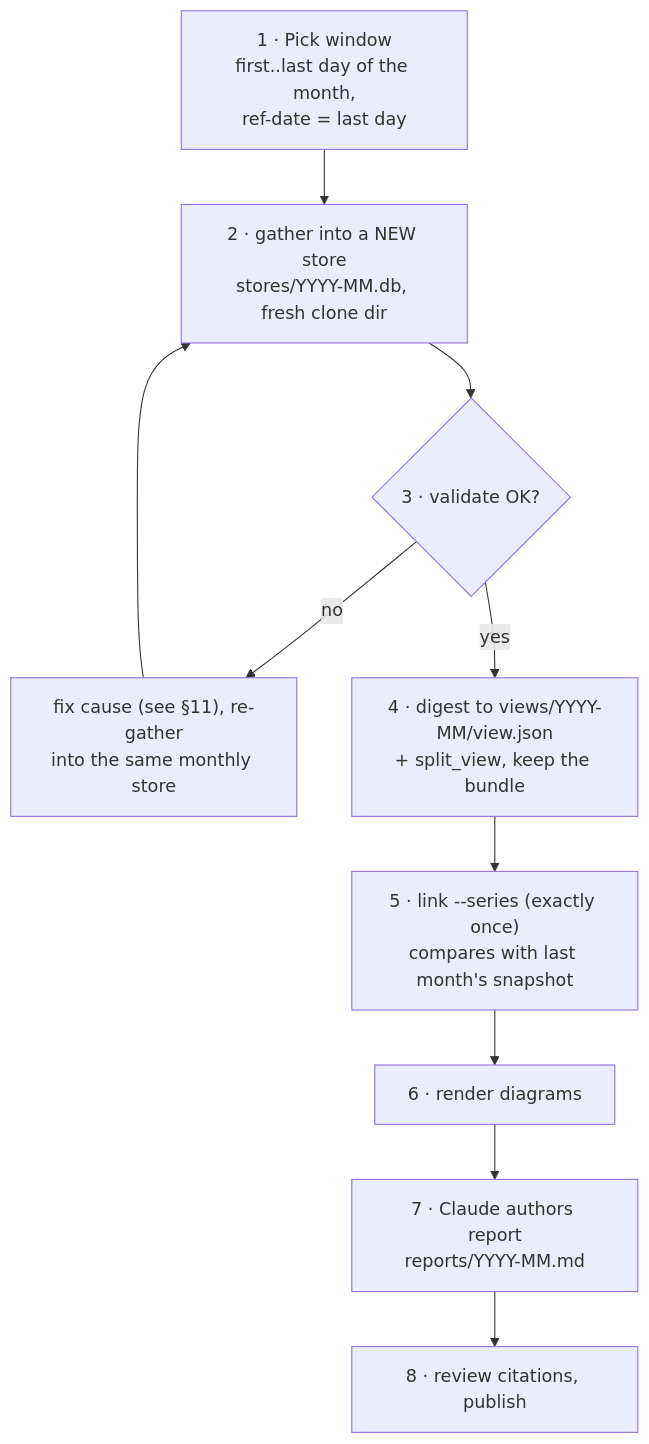
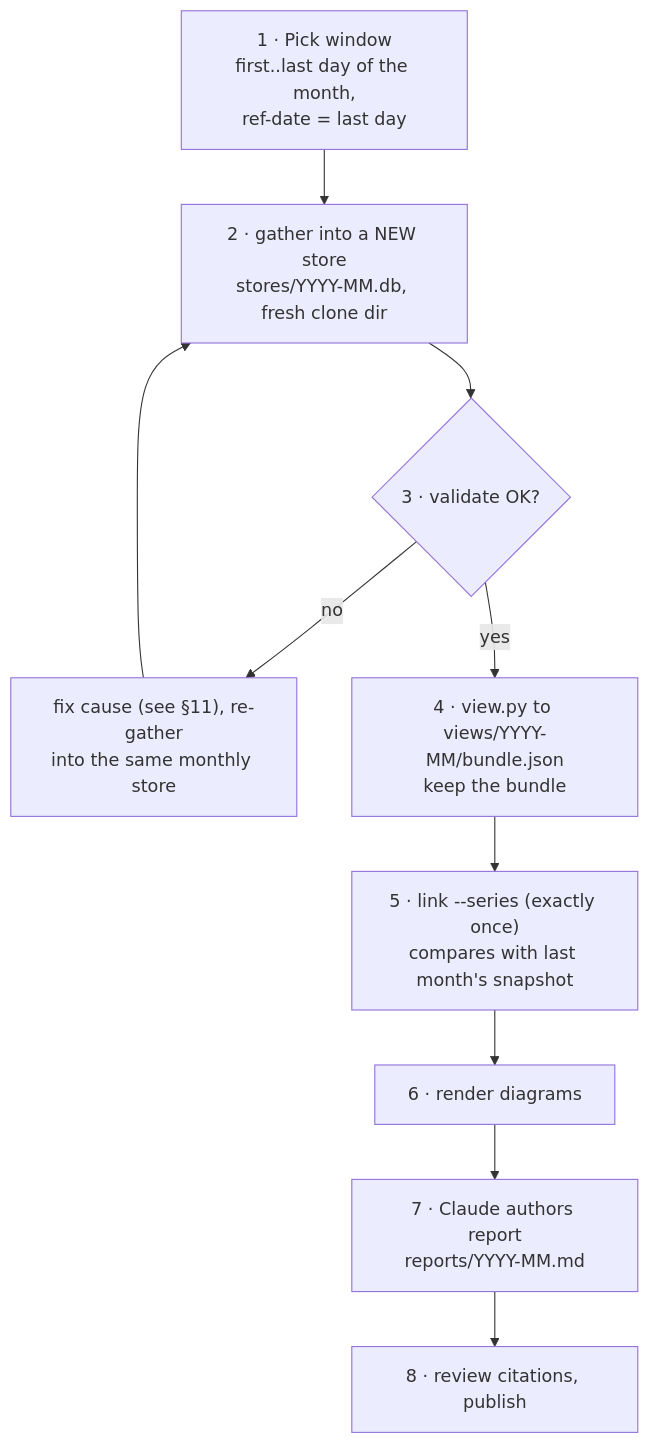
The first of 2 diagrams in .claude/skills/activity-overview/docs/USAGE.md (DamianFlynn/experiments), drawn with Mermaid before and after one commit. The commit also changed other lines of this file and 6 other files, not shown here.

````diff
--- a/.claude/skills/activity-overview/docs/USAGE.md
+++ b/.claude/skills/activity-overview/docs/USAGE.md
@@ -188,11 +175,11 @@
 ```mermaid
 flowchart TB
   a["1 · Pick window<br/>first..last day of the month,<br/>ref-date = last day"] --> b["2 · gather into a NEW store<br/>stores/YYYY-MM.db, fresh clone dir"]
   b --> c{"3 · validate OK?"}
   c -- no --> fix["fix cause (see §11), re-gather<br/>into the same monthly store"] --> b
-  c -- yes --> d["4 · digest to views/YYYY-MM/view.json<br/>+ split_view, keep the bundle"]
+  c -- yes --> d["4 · view.py to views/YYYY-MM/bundle.json<br/>keep the bundle"]
   d --> e["5 · link --series (exactly once)<br/>compares with last month's snapshot"]
   e --> f["6 · render diagrams"]
   f --> g["7 · Claude authors report<br/>reports/YYYY-MM.md"]
   g --> h["8 · review citations, publish"]
 ```
````
